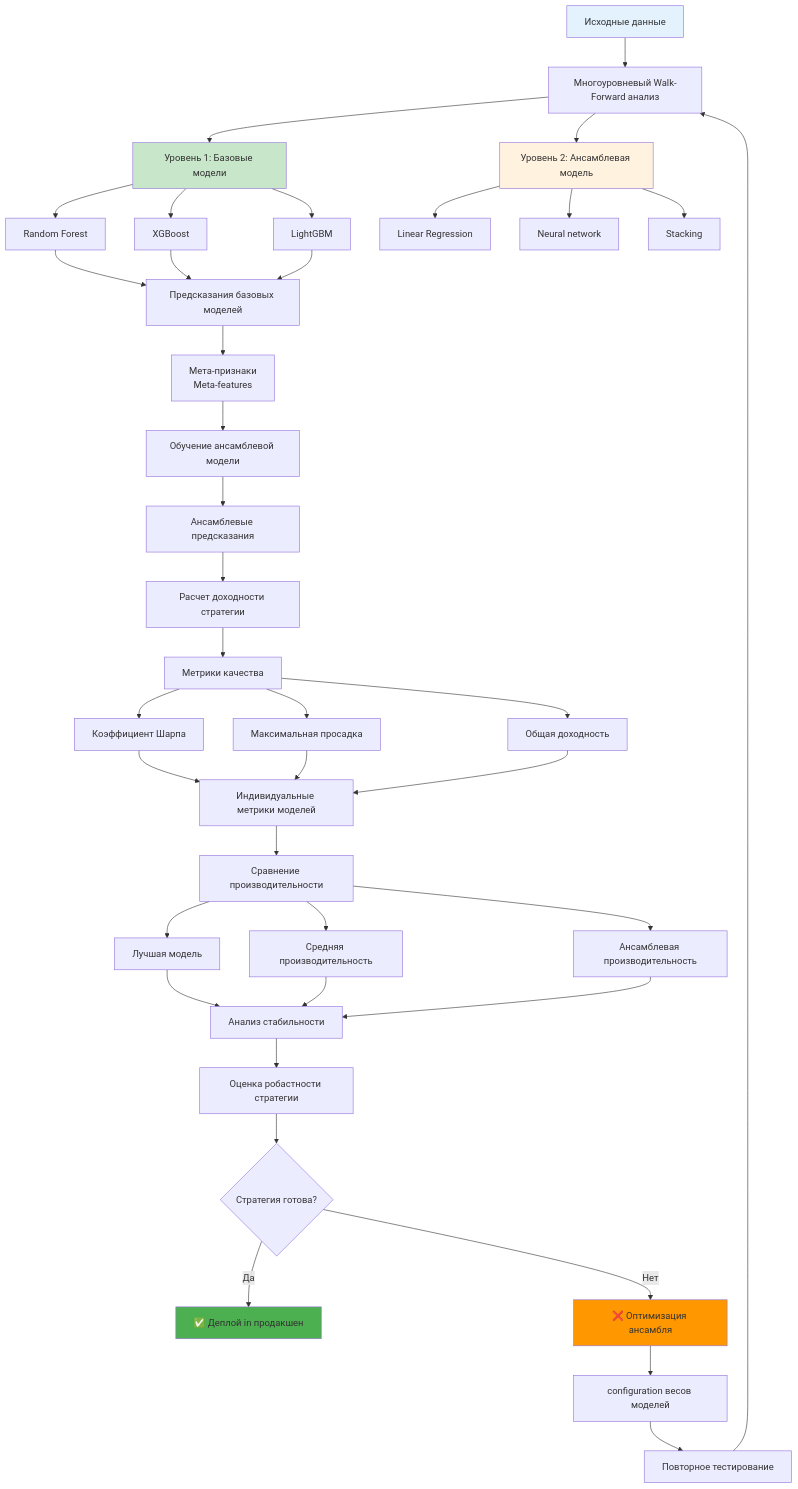
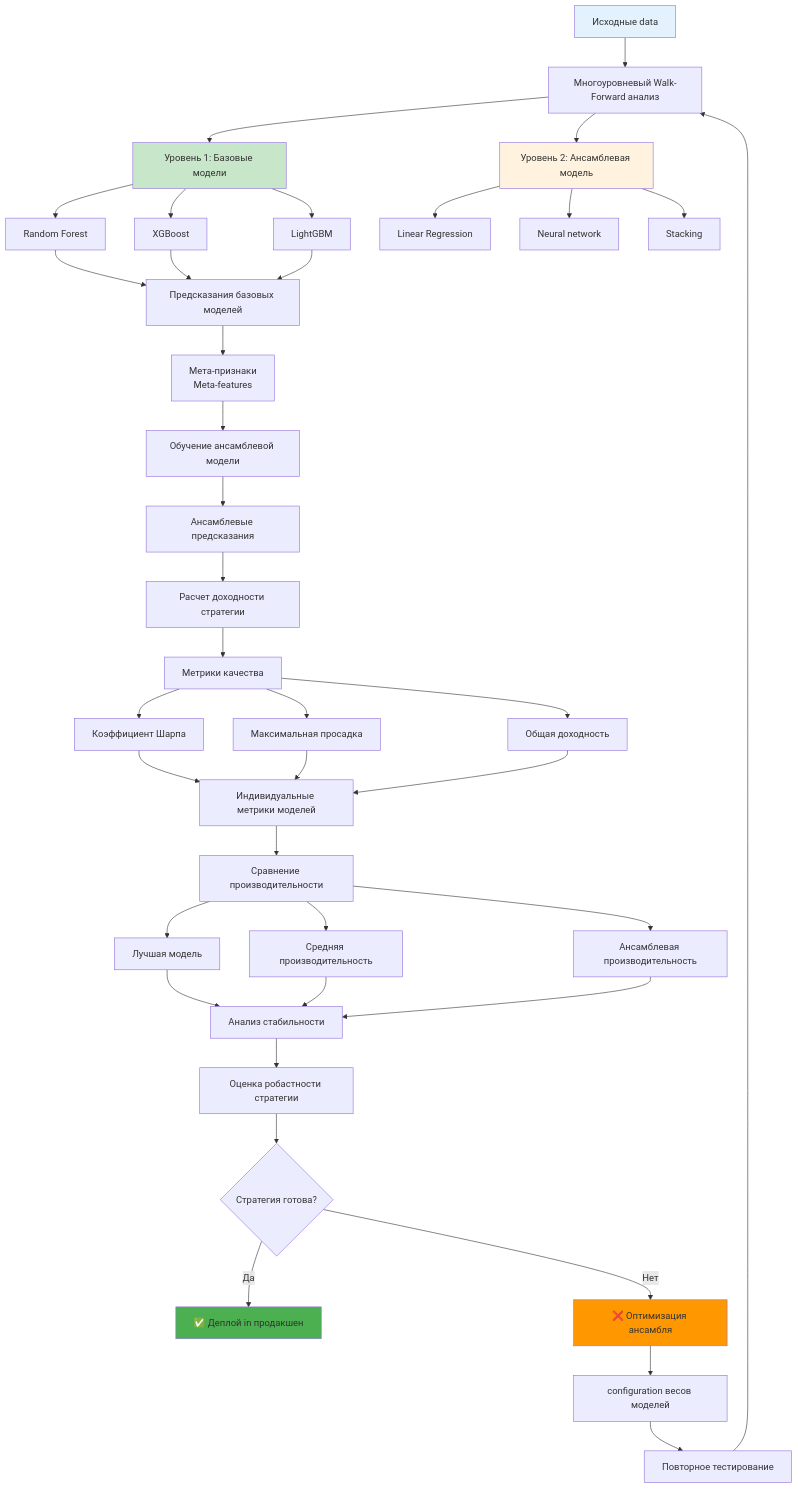
Before and after one commit to NeoZorK/neozork-hld-prediction: the fifth of 8 diagrams in docs/automl/gluon/30_walk_forward_analysis.md, drawn with Mermaid. The commit also changed other lines of this file and 108 other files, not shown here.

````diff
--- a/docs/automl/gluon/30_walk_forward_analysis.md
+++ b/docs/automl/gluon/30_walk_forward_analysis.md
@@ -822,57 +822,57 @@
 ```mermaid
 graph TD
- A[Исходные данные] --> B[Многоуровневый Walk-Forward анализ]
+ A[Исходные data] --> B[Многоуровневый Walk-Forward анализ]
 
  B --> C[Уровень 1: Базовые модели]
  C --> D[Random Forest]
  C --> E[XGBoost]
  C --> F[LightGBM]
 
  B --> G[Уровень 2: Ансамблевая модель]
  G --> H[Linear Regression]
  G --> I[Neural network]
  G --> J[Stacking]
 
  D --> K[Предсказания базовых моделей]
  E --> K
  F --> K
 
  K --> L[Мета-признаки<br/>Meta-features]
  L --> M[Обучение ансамблевой модели]
 
  M --> N[Ансамблевые предсказания]
  N --> O[Расчет доходности стратегии]
 
  O --> P[Метрики качества]
  P --> Q[Коэффициент Шарпа]
  P --> R[Максимальная просадка]
  P --> S[Общая доходность]
 
  Q --> T[Индивидуальные метрики моделей]
  R --> T
  S --> T
 
  T --> U[Сравнение производительности]
  U --> V[Лучшая модель]
  U --> W[Средняя производительность]
  U --> X[Ансамблевая производительность]
 
  V --> Y[Анализ стабильности]
  W --> Y
  X --> Y
 
  Y --> Z[Оценка робастности стратегии]
  Z --> AA{Стратегия готова?}
  AA -->|Да| BB[✅ Деплой in продакшен]
  AA -->|Нет| CC[❌ Оптимизация ансамбля]
 
  CC --> DD[configuration весов моделей]
  DD --> EE[Повторное тестирование]
  EE --> B
 
  style A fill:#e3f2fd
  style C fill:#c8e6c9
  style G fill:#fff3e0
  style BB fill:#4caf50
  style CC fill:#ff9800
 ```
````
